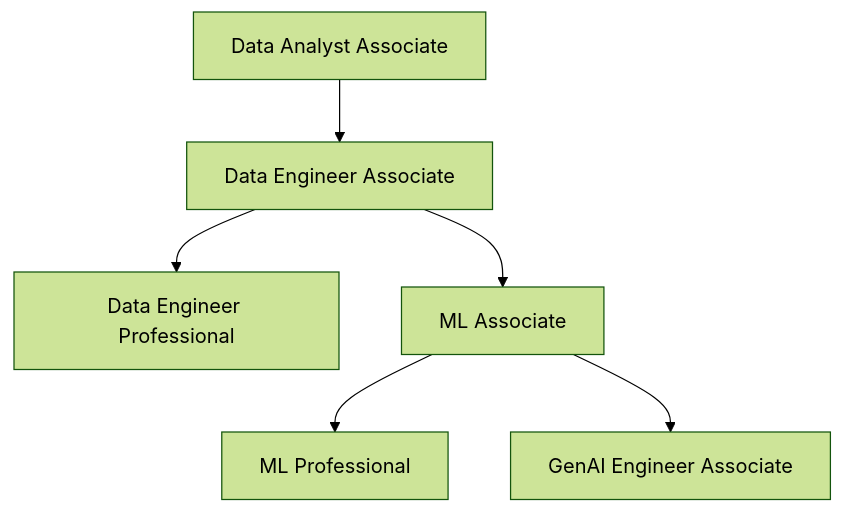
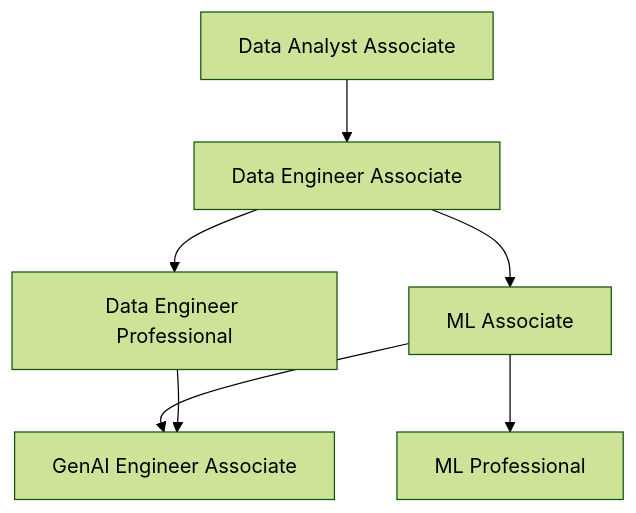
Before and after one commit to kengio/databricks-certification-study-guide: the diagram in README.md, drawn with Mermaid (forest theme). The commit also changed other lines of this file and 18 other files, not shown here.

````diff
--- a/README.md
+++ b/README.md
@@ -45,9 +367,9 @@
 ```mermaid
 graph TD
-    DEA[Data Engineer Associate] --> DEP[Data Engineer Professional]
-    DAA[Data Analyst Associate] --> DEA
-    MLA[ML Associate] --> MLP[ML Professional]
-    DEA --> MLA
-    GAIA[GenAI Engineer Associate]
-    MLA --> GAIA
+    DAA[Data Analyst Associate] --> DEA[Data Engineer Associate]
+    DEA --> DEP[Data Engineer Professional]
+    DEA --> MLA[ML Associate]
+    MLA --> MLP[ML Professional]
+    MLA --> GAIA[GenAI Engineer Associate]
+    DEP --> GAIA
 ```
````
